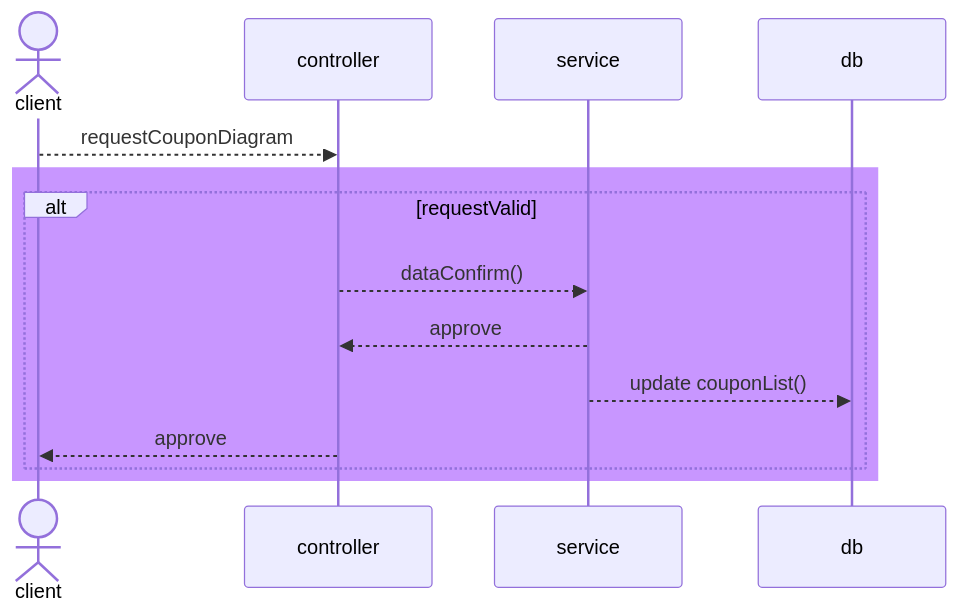
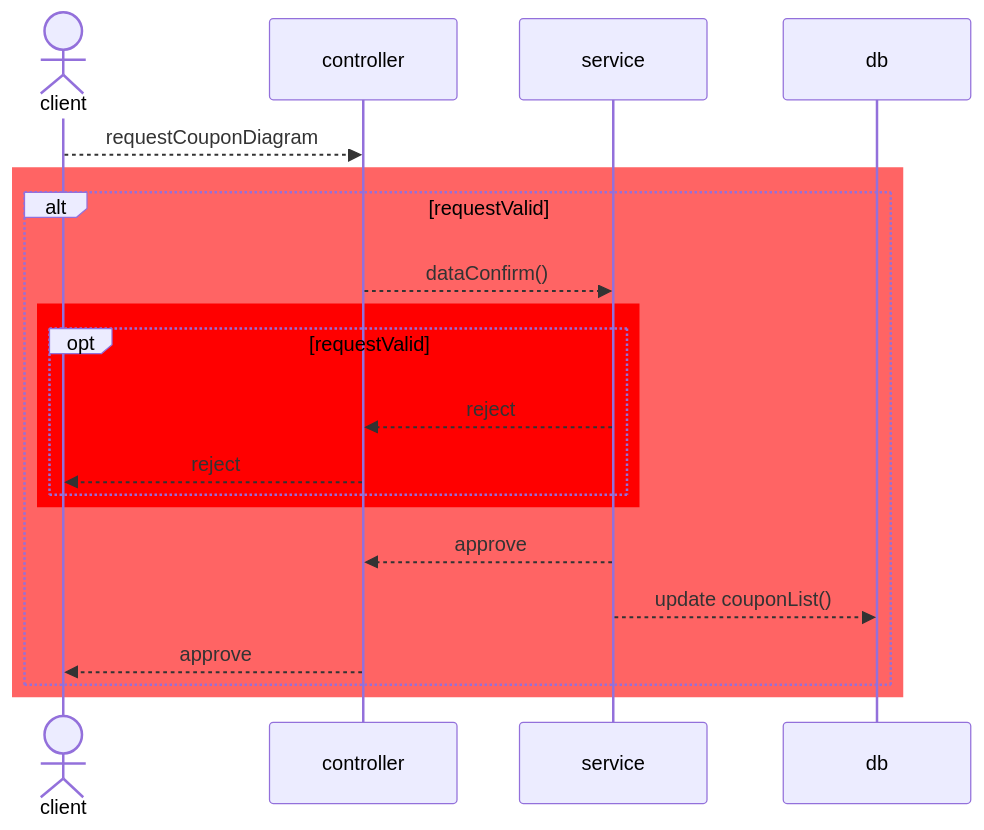
One commit to couponApiServerEconovation/couponApiServerTony changed the third of 3 diagrams in suquenceDiagram.md. Above: the diagram before and after it, drawn with Mermaid. The commit also changed other lines of this file, not shown here.

Commit message:
쿠폰 발급

````diff
--- a/suquenceDiagram.md
+++ b/suquenceDiagram.md
@@ -59,17 +59,25 @@
 ```mermaid
 sequenceDiagram
     actor cl as client
     participant ctr as controller
     participant s as service
     participant db
     
     cl -->> ctr: requestCouponDiagram
-    rect rgb(200,150,255)
+    rect rgb(255,100,100)
         ALT requestValid
             ctr -->> s: dataConfirm()
-            s -->> ctr: approve
-            s -->> db: update couponList()
-            ctr -->> cl: approve
+            rect rgb(255,0,0)
+                OPT requestValid
+                    s -->> ctr: reject
+                    ctr -->> cl: reject
+                end    
+                end
+                
+                s -->> ctr: approve
+                s -->> db: update couponList()
+                ctr -->> cl: approve
         end
     end
+
 ```
````
